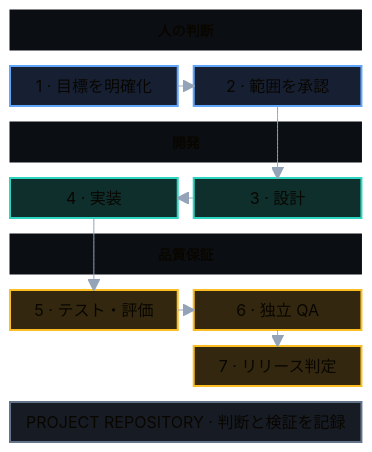
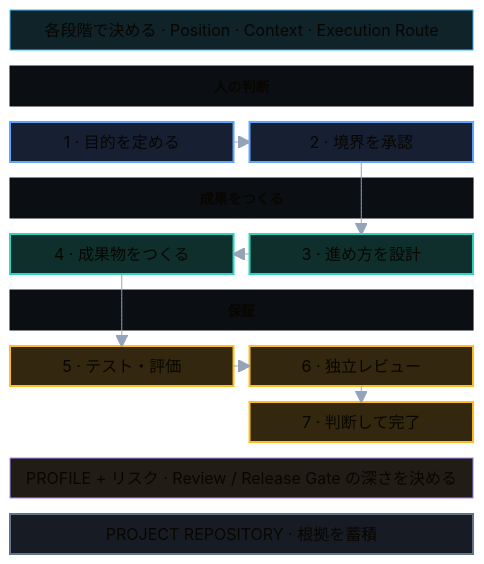
Before and after one commit to zsz1210/temple-ai-dev-org: the diagram in docs/assets/temple-delivery-path.ja-mobile.mmd, drawn with Mermaid. The commit also changed 25 other files, not shown here.

Commit message:
docs: generalize Temple Work Item diagrams

```diff
--- a/docs/assets/temple-delivery-path.ja-mobile.mmd
+++ b/docs/assets/temple-delivery-path.ja-mobile.mmd
@@ -1,40 +1,46 @@
 ---
 config:
   theme: base
   fontFamily: "Noto Sans JP, Hiragino Sans, Inter, Arial, sans-serif"
   block:
     padding: 16
   themeVariables:
     background: "#0b0f14"
     primaryTextColor: "#f8fafc"
     lineColor: "#94a3b8"
 ---
 block-beta
   columns 2
+  R["各段階で決める · Position · Context · Execution Route"]:2
   H["人の判断"]:2
-  S1["1 · 目標を明確化"] S2["2 · 範囲を承認"]
-  D["開発"]:2
-  S4["4 · 実装"] S3["3 · 設計"]
-  A["品質保証"]:2
-  S5["5 · テスト・評価"] S6["6 · 独立 QA"]
-  space S7["7 · リリース判定"]
-  E["PROJECT REPOSITORY · 判断と検証を記録"]:2
+  S1["1 · 目的を定める"] S2["2 · 境界を承認"]
+  D["成果をつくる"]:2
+  S4["4 · 成果物をつくる"] S3["3 · 進め方を設計"]
+  A["保証"]:2
+  S5["5 · テスト・評価"] S6["6 · 独立レビュー"]
+  space S7["7 · 判断して完了"]
+  P["PROFILE + リスク · Review / Release Gate の深さを決める"]:2
+  E["PROJECT REPOSITORY · 根拠を蓄積"]:2
 
   S1 --> S2
   S2 --> S3
   S3 --> S4
   S4 --> S5
   S5 --> S6
   S6 --> S7
 
   classDef lane fill:#0b0f14,stroke:#0b0f14,color:#94a3b8,font-weight:700,font-size:14px;
   classDef human fill:#172033,stroke:#60a5fa,color:#f8fafc,stroke-width:2px;
   classDef delivery fill:#0f2f2d,stroke:#2dd4bf,color:#f8fafc,stroke-width:2px;
   classDef assurance fill:#33280f,stroke:#fbbf24,color:#f8fafc,stroke-width:2px;
+  classDef route fill:#102329,stroke:#38bdf8,color:#e0f2fe,stroke-width:1px;
+  classDef profile fill:#211d16,stroke:#a78bfa,color:#ede9fe,stroke-width:1px;
   classDef evidence fill:#171c24,stroke:#64748b,color:#e2e8f0,stroke-width:2px;
 
   class H,D,A lane
+  class R route
   class S1,S2 human
   class S3,S4 delivery
   class S5,S6,S7 assurance
+  class P profile
   class E evidence
```
